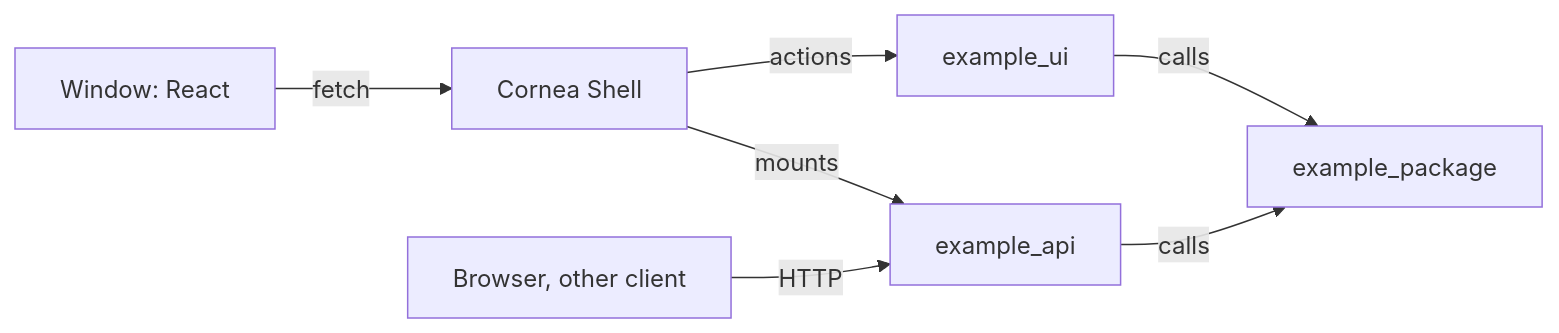
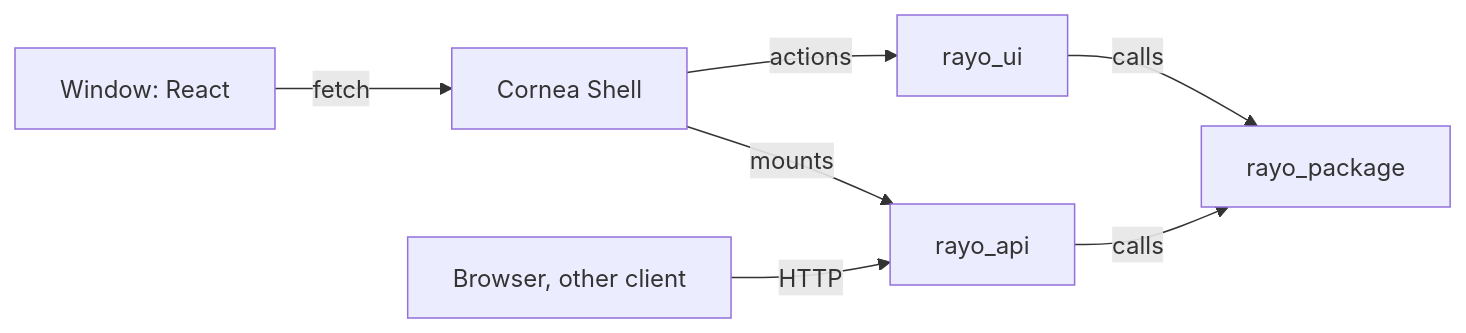
The third of 3 diagrams in docs/architecture.md (coldsofttech/Rayo), drawn with Mermaid before and after one commit. The commit also changed other lines of this file and 92 other files, not shown here.

````diff
--- a/docs/architecture.md
+++ b/docs/architecture.md
@@ -62,9 +62,9 @@
 ```mermaid
 flowchart LR
     W[Window: React] -->|fetch| S[Cornea Shell]
-    S -->|mounts| A[example_api]
-    S -->|actions| U[example_ui]
+    S -->|mounts| A[rayo_api]
+    S -->|actions| U[rayo_ui]
     B[Browser, other client] -->|HTTP| A
-    A -->|calls| L[example_package]
+    A -->|calls| L[rayo_package]
     U -->|calls| L
 ```
````
